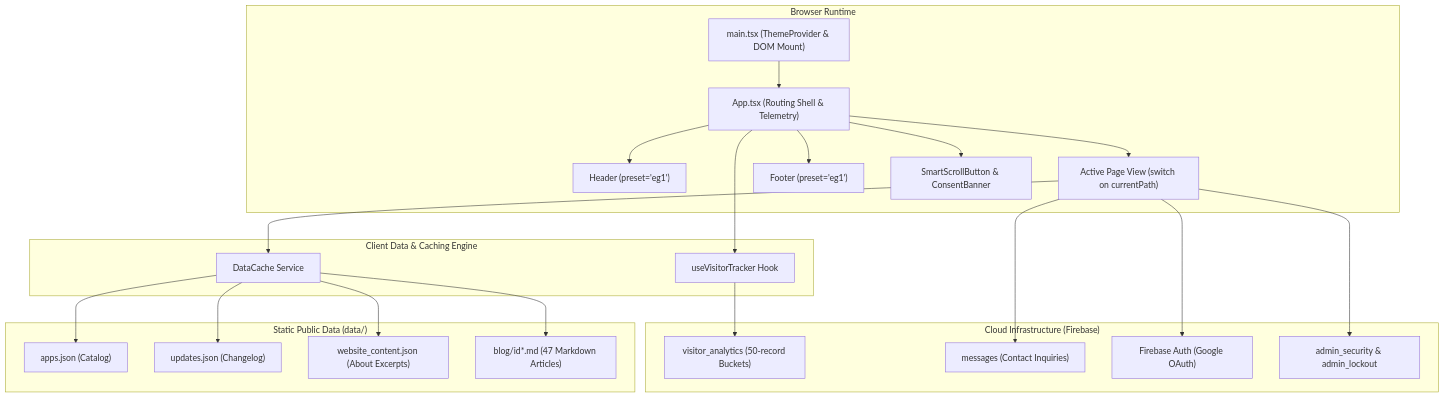
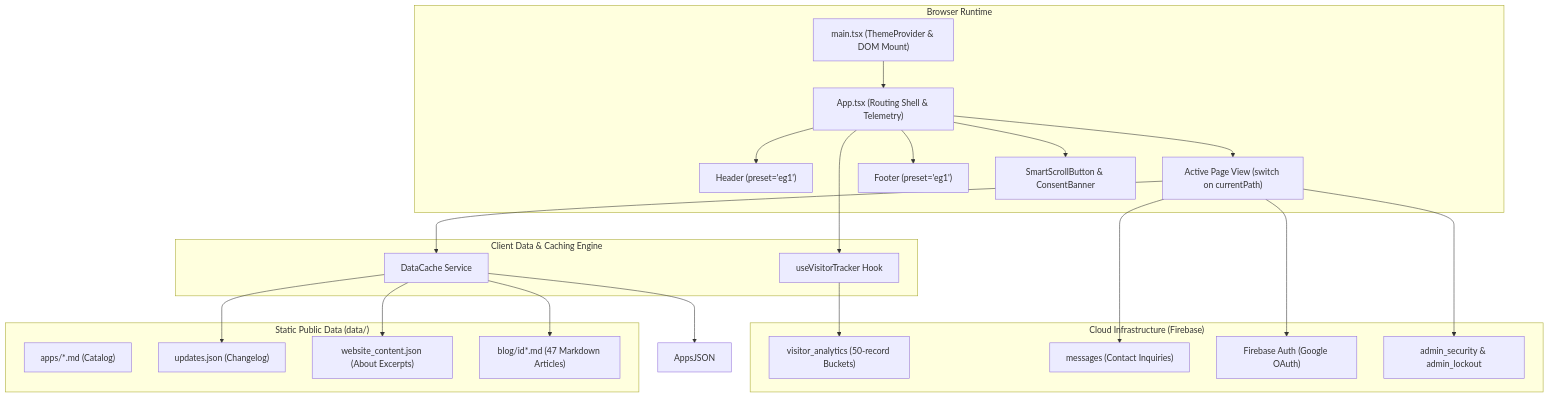
The first of 2 diagrams in docs/architecture.md (EG1DOTIN/eg1.in), drawn with Mermaid before and after one commit. The commit also changed 21 other files, not shown here.

First line of the commit message:
feat(catalog): add EG-Web-Core product, switch to markdown architecture, and optimize apps page

````diff
--- a/docs/architecture.md
+++ b/docs/architecture.md
@@ -9,36 +9,36 @@
 ```mermaid
 flowchart TD
     subgraph Client["Browser Runtime"]
         Entry["main.tsx (ThemeProvider & DOM Mount)"] --> Shell["App.tsx (Routing Shell & Telemetry)"]
         Shell --> Header["Header (preset='eg1')"]
         Shell --> PageView["Active Page View (switch on currentPath)"]
         Shell --> Footer["Footer (preset='eg1')"]
         Shell --> Aux["SmartScrollButton & ConsentBanner"]
     end
 
     subgraph DataLayer["Client Data & Caching Engine"]
         Cache["DataCache Service"]
         Tracker["useVisitorTracker Hook"]
     end
 
     subgraph StaticAssets["Static Public Data (data/)"]
-        AppsJSON["apps.json (Catalog)"]
+        AppsMD["apps/*.md (Catalog)"]
         UpdatesJSON["updates.json (Changelog)"]
         ContentJSON["website_content.json (About Excerpts)"]
         BlogMD["blog/id*.md (47 Markdown Articles)"]
     end
 
     subgraph Cloud["Cloud Infrastructure (Firebase)"]
         FirestoreAnalytics["visitor_analytics (50-record Buckets)"]
         FirestoreMessages["messages (Contact Inquiries)"]
         FirebaseAuth["Firebase Auth (Google OAuth)"]
         FirestoreSecurity["admin_security & admin_lockout"]
     end
 
     PageView --> Cache
     Cache --> AppsJSON & UpdatesJSON & ContentJSON & BlogMD
     Shell --> Tracker
     Tracker --> FirestoreAnalytics
     PageView --> FirestoreMessages
     PageView --> FirebaseAuth & FirestoreSecurity
 ```
````
